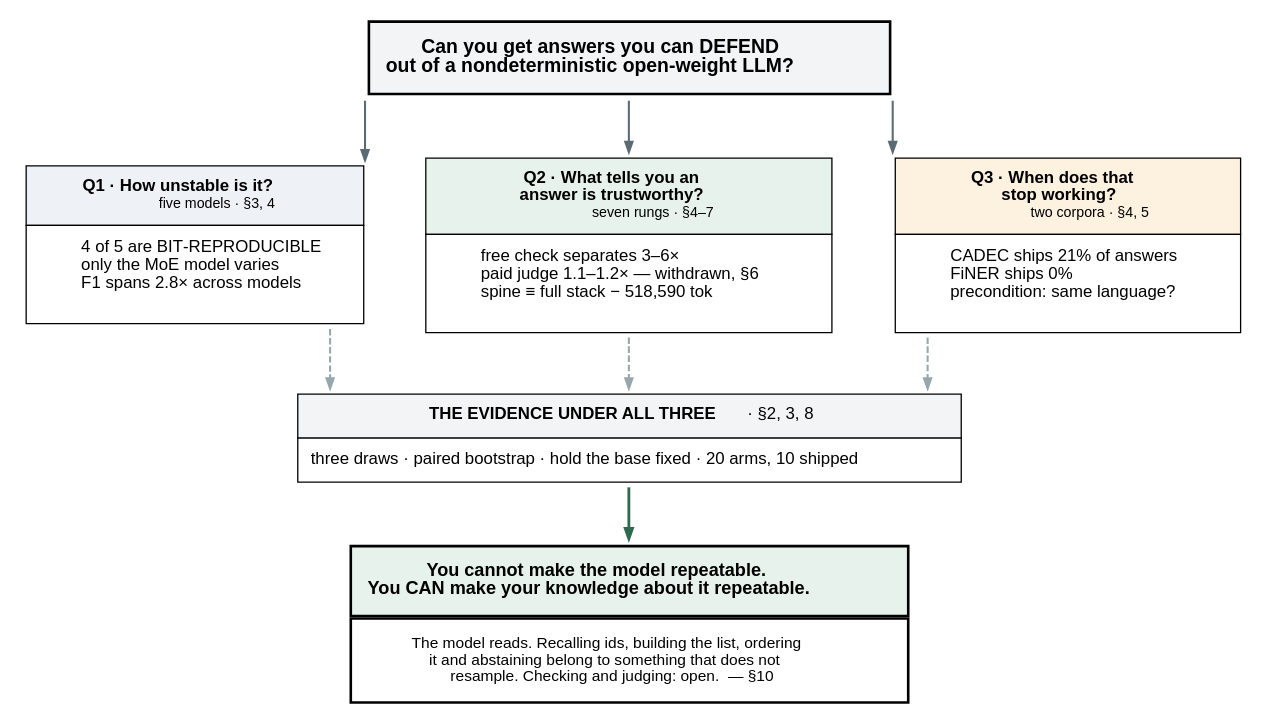
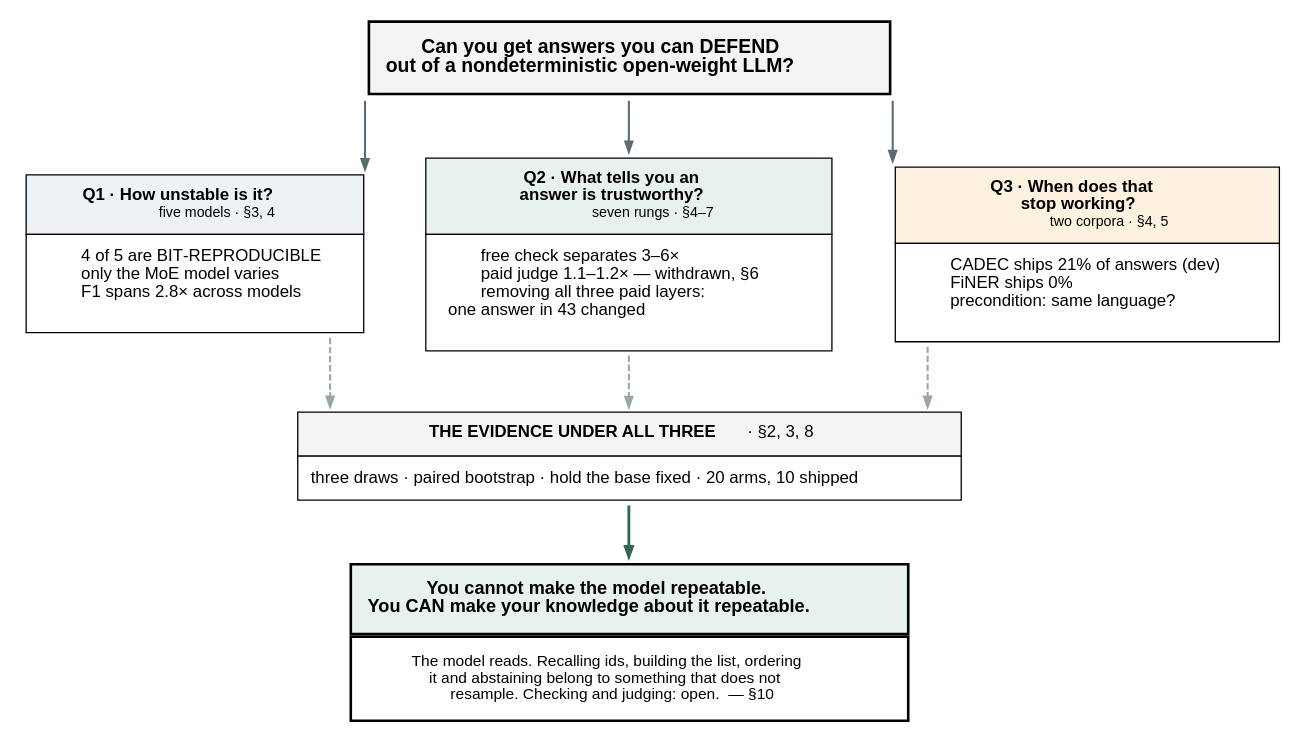
Before and after one commit to wbagais/reliability-ladder: the diagram in docs/figures/fig6-spine.dot, drawn with Graphviz. The commit also changed 3 other files, not shown here.

First line of the commit message:
figure 2: replace a term the article no longer uses, label a split, drop a repeat

```diff
--- a/docs/figures/fig6-spine.dot
+++ b/docs/figures/fig6-spine.dot
@@ -1,61 +1,61 @@
 // The article's spine: one question, three sub-questions, one answer each.
 // SECTION POINTERS WERE RE-CHECKED 2026-09-03 after the restructure that merged
 // four sections and renumbered the rest. If sections move again, they move here
 // too — this is the article's navigation aid and a stale pointer sends a reader
 // to the wrong evidence.
 // Colour carries the verdict, not the topic: green = the thing that worked,
 // red = the thing that did not, amber = the boundary condition.
 digraph spine {
   rankdir=TB; bgcolor="white"; splines=ortho;
   node [shape=none fontname="Helvetica" fontsize=13];
   graph [nodesep=0.45 ranksep=0.55];
 
   q [label=<<TABLE BORDER="0" CELLBORDER="2" CELLSPACING="0" CELLPADDING="12">
       <TR><TD BGCOLOR="#f2f4f5"><B><FONT POINT-SIZE="15">Can you get answers you can DEFEND<BR/>out of a nondeterministic open-weight LLM?</FONT></B></TD></TR>
       </TABLE>>];
 
   q1 [label=<<TABLE BORDER="0" CELLBORDER="1" CELLSPACING="0" CELLPADDING="9">
       <TR><TD BGCOLOR="#eef2f6"><B>Q1 &#183; How unstable is it?</B><BR/>
           <FONT POINT-SIZE="11">five models &#183; &#167;3, 4</FONT></TD></TR>
       <TR><TD BGCOLOR="#ffffff" ALIGN="LEFT">
           4 of 5 are BIT&#8209;REPRODUCIBLE<BR ALIGN="LEFT"/>
           only the MoE model varies<BR ALIGN="LEFT"/>
           F1 spans 2.8&#215; across models<BR ALIGN="LEFT"/>
           </TD></TR></TABLE>>];
 
   q2 [label=<<TABLE BORDER="0" CELLBORDER="1" CELLSPACING="0" CELLPADDING="9">
       <TR><TD BGCOLOR="#e7f2ec"><B>Q2 &#183; What tells you an<BR/>answer is trustworthy?</B><BR/>
           <FONT POINT-SIZE="11">seven rungs &#183; &#167;4&#8211;7</FONT></TD></TR>
       <TR><TD BGCOLOR="#ffffff" ALIGN="LEFT">
           free check separates 3&#8211;6&#215;<BR ALIGN="LEFT"/>
           paid judge 1.1&#8211;1.2&#215; &#8212; withdrawn, &#167;6<BR ALIGN="LEFT"/>
-          spine &#8801; full stack &#8722; 518,590 tok<BR ALIGN="LEFT"/>
+          removing all three paid layers:<BR ALIGN="LEFT"/>&#160;&#160;one answer in 43 changed<BR ALIGN="LEFT"/>
           </TD></TR></TABLE>>];
 
   q3 [label=<<TABLE BORDER="0" CELLBORDER="1" CELLSPACING="0" CELLPADDING="9">
       <TR><TD BGCOLOR="#fdf1e0"><B>Q3 &#183; When does that<BR/>stop working?</B><BR/>
           <FONT POINT-SIZE="11">two corpora &#183; &#167;4, 5</FONT></TD></TR>
       <TR><TD BGCOLOR="#ffffff" ALIGN="LEFT">
-          CADEC ships 21% of answers<BR ALIGN="LEFT"/>
+          CADEC ships 21% of answers (dev)<BR ALIGN="LEFT"/>
           FiNER ships 0%<BR ALIGN="LEFT"/>
           precondition: same language?<BR ALIGN="LEFT"/>
           </TD></TR></TABLE>>];
 
   ev [label=<<TABLE BORDER="0" CELLBORDER="1" CELLSPACING="0" CELLPADDING="9">
       <TR><TD BGCOLOR="#f2f4f5"><B>THE EVIDENCE UNDER ALL THREE</B> &#183; &#167;2, 3, 8</TD></TR>
       <TR><TD BGCOLOR="#ffffff">three draws &#183; paired bootstrap &#183; hold the base fixed &#183; 20 arms, 10 shipped</TD></TR></TABLE>>];
 
   out [label=<<TABLE BORDER="0" CELLBORDER="2" CELLSPACING="0" CELLPADDING="12">
       <TR><TD BGCOLOR="#e7f2ec"><B><FONT POINT-SIZE="14">You cannot make the model repeatable.<BR/>You CAN make your knowledge about it repeatable.</FONT></B></TD></TR>
       <TR><TD BGCOLOR="#ffffff"><FONT POINT-SIZE="12">The model reads. Recalling ids, building the list, ordering<BR/>it and abstaining belong to something that does not<BR/>resample. Checking and judging: open. &#160;&#8212;&#160;&#167;10</FONT></TD></TR>
       </TABLE>>];
 
   edge [color="#5a6b73" penwidth=1.6 arrowsize=0.8];
   q -> q1; q -> q2; q -> q3;
   q1 -> ev [style=dashed color="#98a6ad"];
   q2 -> ev [style=dashed color="#98a6ad"];
   q3 -> ev [style=dashed color="#98a6ad"];
   ev -> out [penwidth=2.2 color="#2d6a4f"];
 
   {rank=same; q1; q2; q3;}
 }
```
